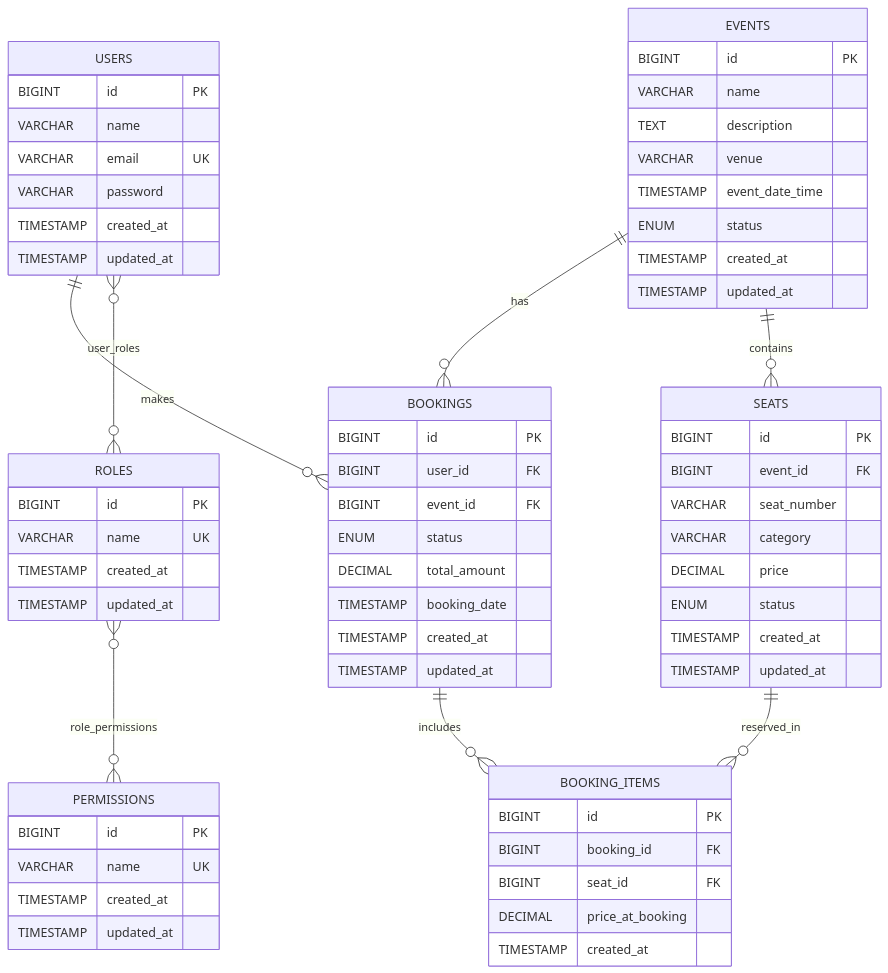
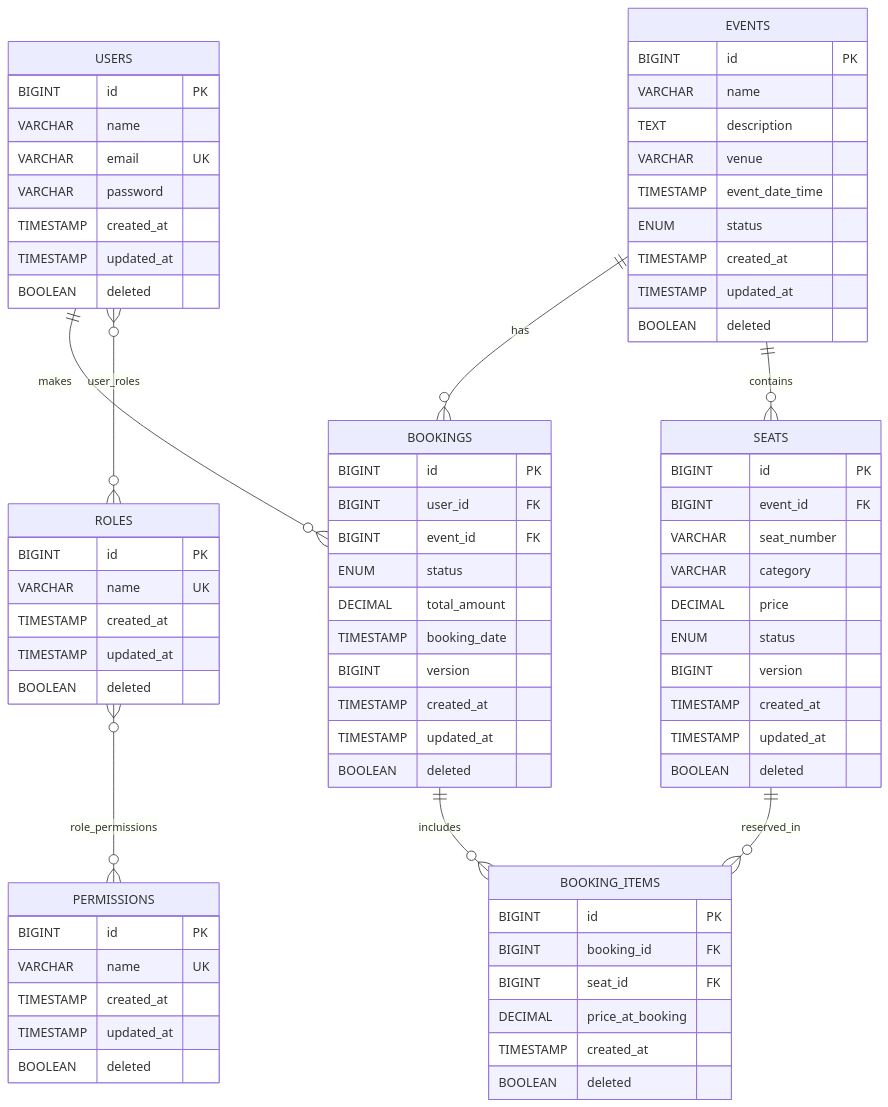
One commit to rohit-manav/ticket-booking-system changed the diagram in GIVEN/entity-relationship-diagram.md. Above: the diagram before and after it, drawn with Mermaid. The commit also changed other lines of this file and 21 other files, not shown here.

```diff
--- a/GIVEN/entity-relationship-diagram.md
+++ b/GIVEN/entity-relationship-diagram.md
@@ -18,6 +18,7 @@
         VARCHAR password
         TIMESTAMP created_at
         TIMESTAMP updated_at
+        BOOLEAN deleted
     }
 
     ROLES {
@@ -25,6 +26,7 @@
         VARCHAR name UK
         TIMESTAMP created_at
         TIMESTAMP updated_at
+        BOOLEAN deleted
     }
 
     PERMISSIONS {
@@ -32,6 +34,7 @@
         VARCHAR name UK
         TIMESTAMP created_at
         TIMESTAMP updated_at
+        BOOLEAN deleted
     }
 
     EVENTS {
@@ -43,6 +46,7 @@
         ENUM status
         TIMESTAMP created_at
         TIMESTAMP updated_at
+        BOOLEAN deleted
     }
 
     SEATS {
@@ -52,8 +56,10 @@
         VARCHAR category
         DECIMAL price
         ENUM status
+        BIGINT version
         TIMESTAMP created_at
         TIMESTAMP updated_at
+        BOOLEAN deleted
     }
 
     BOOKINGS {
@@ -63,8 +69,10 @@
         ENUM status
         DECIMAL total_amount
         TIMESTAMP booking_date
+        BIGINT version
         TIMESTAMP created_at
         TIMESTAMP updated_at
+        BOOLEAN deleted
     }
 
     BOOKING_ITEMS {
@@ -73,6 +81,7 @@
         BIGINT seat_id FK
         DECIMAL price_at_booking
         TIMESTAMP created_at
+        BOOLEAN deleted
     }
 
     %% Relationships
```
